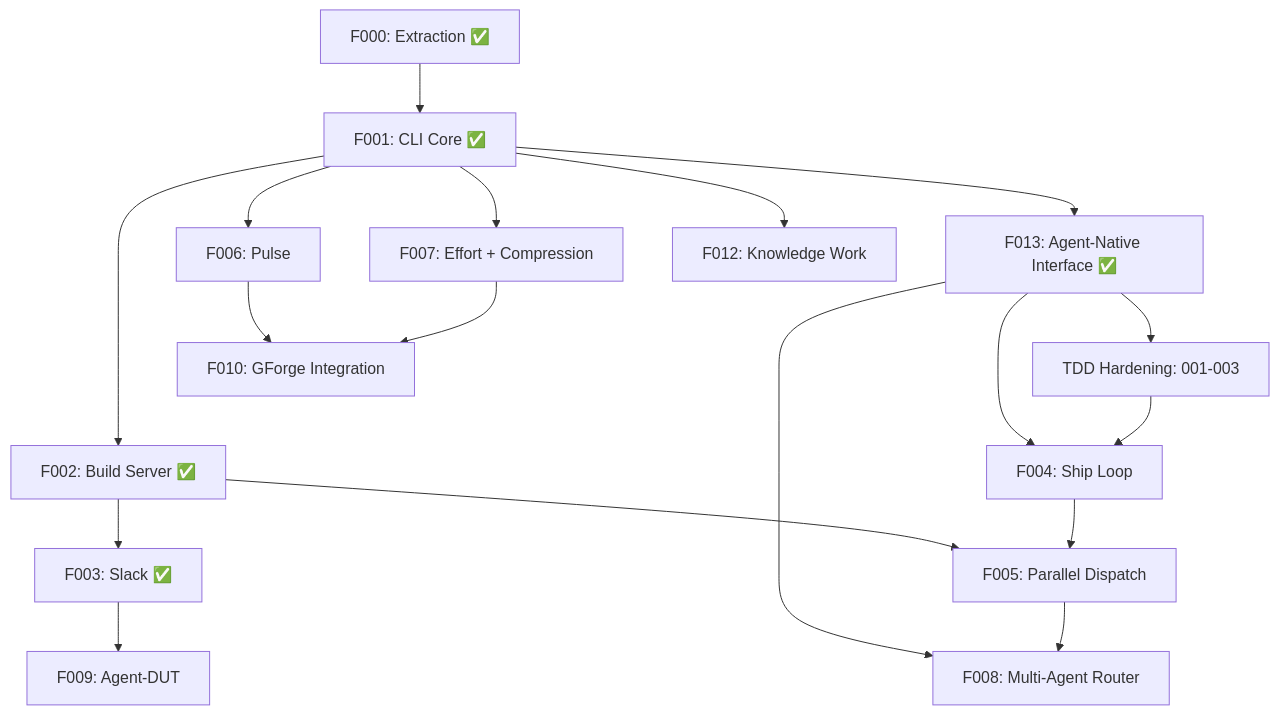
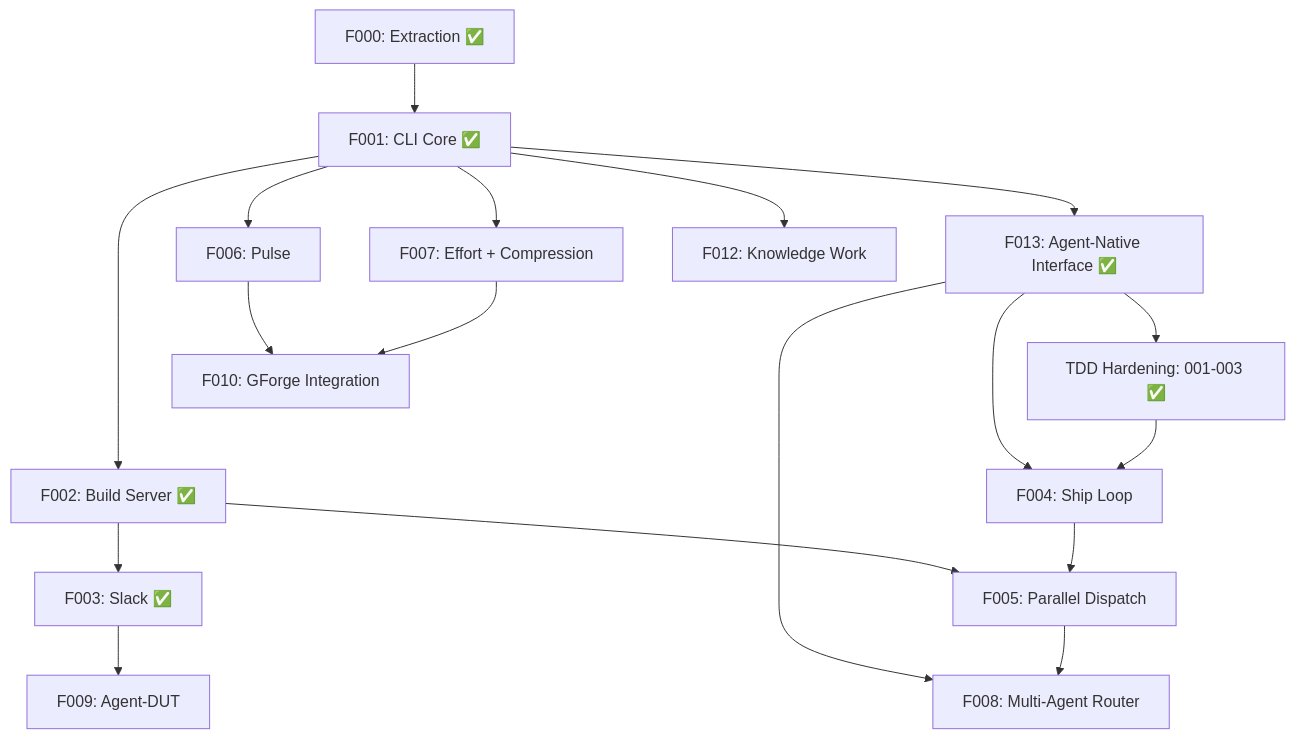
Before and after one commit to gforge-esc/gwrk: the diagram in specs/000-build-plan.md, drawn with Mermaid. The commit also changed other lines of this file and 2 other files, not shown here.

First line of the commit message:
docs: update build plan — TDD Hardening ✅, F004 is now critical path

````diff
--- a/specs/000-build-plan.md
+++ b/specs/000-build-plan.md
@@ -24,20 +24,20 @@
 ```mermaid
 graph TD
     F000["F000: Extraction ✅"] --> F001["F001: CLI Core ✅"]
     F001 --> F013["F013: Agent-Native Interface ✅"]
     F001 --> F002["F002: Build Server ✅"]
     F001 --> F006["F006: Pulse"]
     F001 --> F007["F007: Effort + Compression"]
     F001 --> F012["F012: Knowledge Work"]
     F002 --> F003["F003: Slack ✅"]
     F002 --> F005["F005: Parallel Dispatch"]
-    F013 --> TDD["TDD Hardening: 001-003"]
+    F013 --> TDD["TDD Hardening: 001-003 ✅"]
     F013 --> F004["F004: Ship Loop"]
     F013 --> F008["F008: Multi-Agent Router"]
     TDD --> F004
     F004 --> F005
     F005 --> F008
     F003 --> F009["F009: Agent-DUT"]
     F006 --> F010["F010: GForge Integration"]
     F007 --> F010
 ```
````
